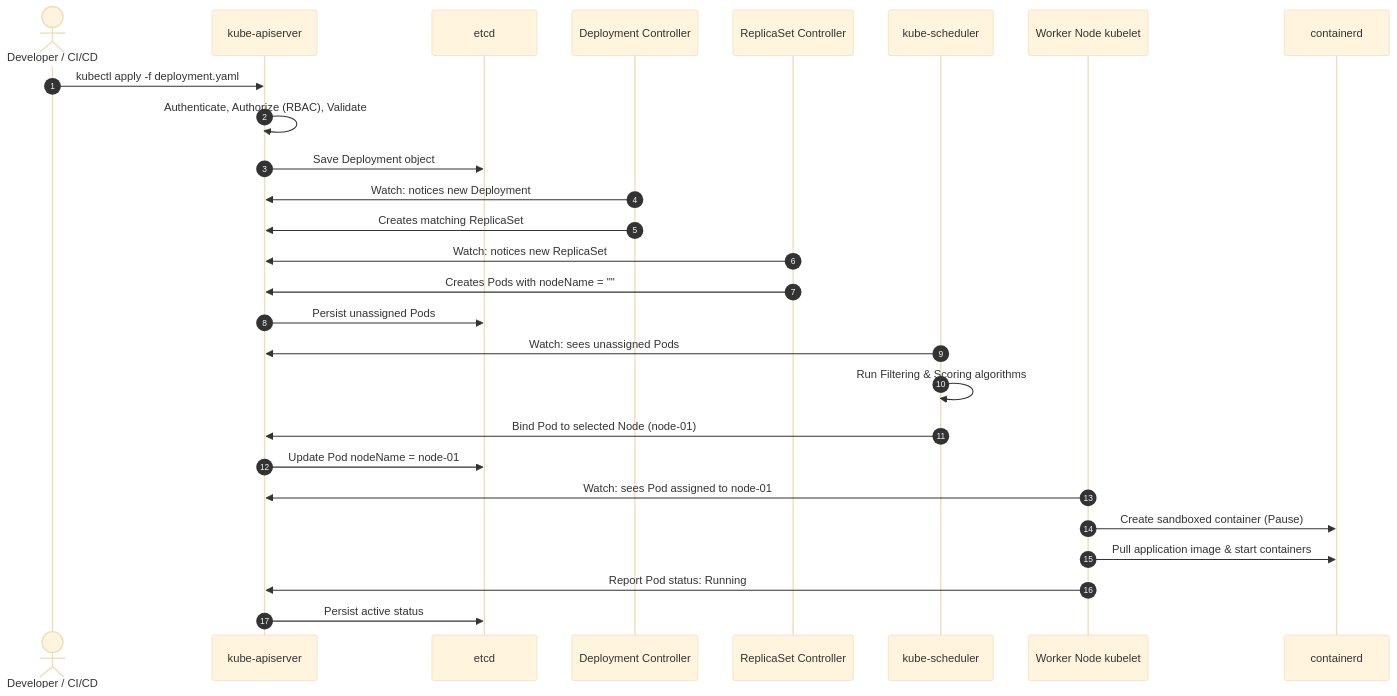
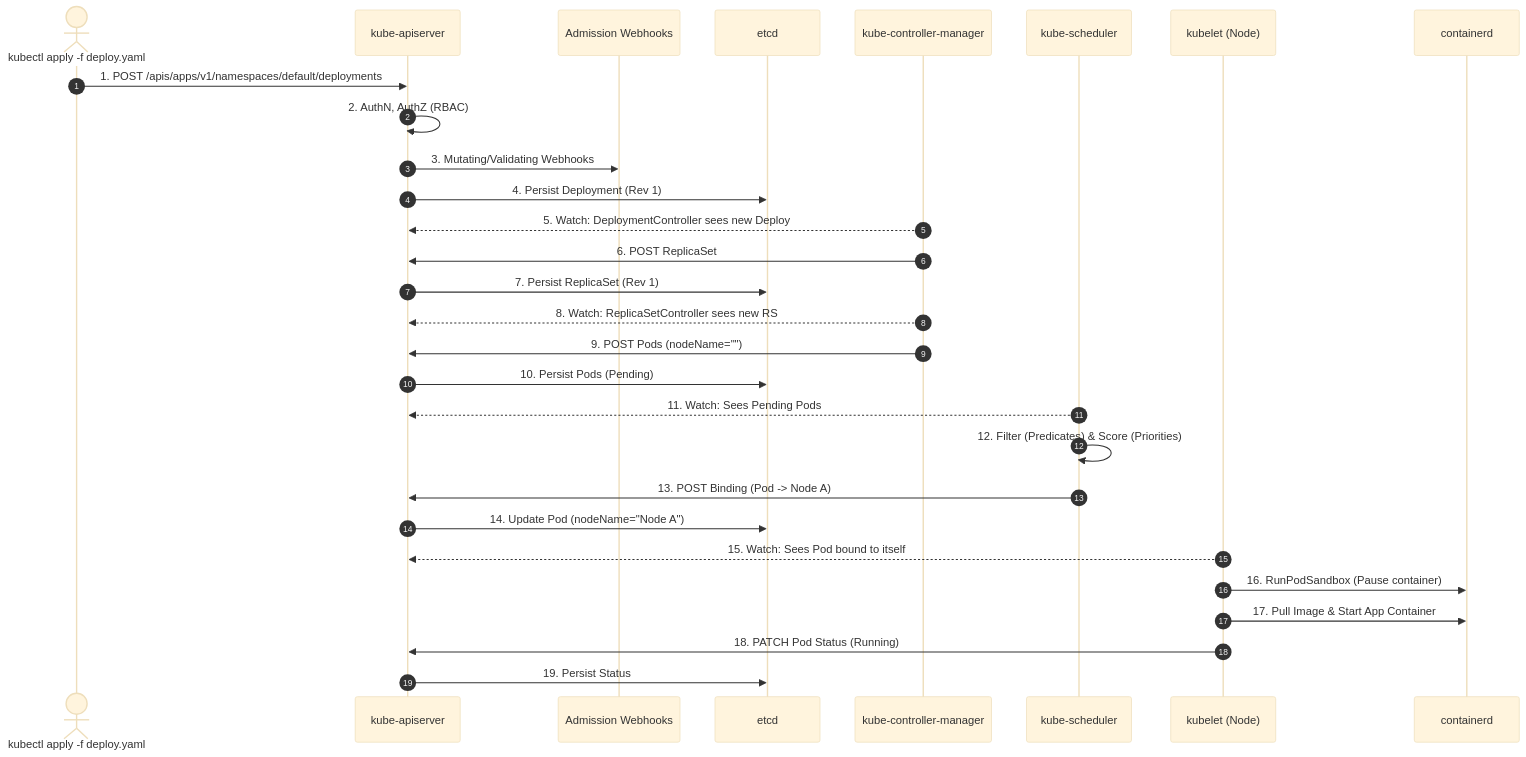
Before and after one commit to PandeyKishan/Study-Notes: the third of 3 diagrams in 02-Kubernetes/01-Architecture-and-Control-Plane.md, drawn with Mermaid (base theme). The commit also changed other lines of this file and 38 other files, not shown here.

````diff
--- a/02-Kubernetes/01-Architecture-and-Control-Plane.md
+++ b/02-Kubernetes/01-Architecture-and-Control-Plane.md
@@ -125,30 +152,36 @@
 ```mermaid
 sequenceDiagram
     autonumber
-    actor Dev as Developer / CI/CD
+    actor Dev as kubectl apply -f deploy.yaml
     participant API as kube-apiserver
+    participant Webhooks as Admission Webhooks
     participant ETCD as etcd
-    participant DeployCtrl as Deployment Controller
-    participant ReplicaCtrl as ReplicaSet Controller
+    participant Ctrl as kube-controller-manager
     participant Sched as kube-scheduler
-    participant Kubelet as Worker Node kubelet
+    participant Kubelet as kubelet (Node)
     participant CRI as containerd
 
-    Dev->>API: kubectl apply -f deployment.yaml
-    API->>API: Authenticate, Authorize (RBAC), Validate
-    API->>ETCD: Save Deployment object
-    DeployCtrl->>API: Watch: notices new Deployment
-    DeployCtrl->>API: Creates matching ReplicaSet
-    ReplicaCtrl->>API: Watch: notices new ReplicaSet
-    ReplicaCtrl->>API: Creates Pods with nodeName = ""
-    API->>ETCD: Persist unassigned Pods
-    Sched->>API: Watch: sees unassigned Pods
-    Sched->>Sched: Run Filtering & Scoring algorithms
-    Sched->>API: Bind Pod to selected Node (node-01)
-    API->>ETCD: Update Pod nodeName = node-01
-    Kubelet->>API: Watch: sees Pod assigned to node-01
-    Kubelet->>CRI: Create sandboxed container (Pause)
-    Kubelet->>CRI: Pull application image & start containers
-    Kubelet->>API: Report Pod status: Running
-    API->>ETCD: Persist active status
+    Dev->>API: 1. POST /apis/apps/v1/namespaces/default/deployments
+    API->>API: 2. AuthN, AuthZ (RBAC)
+    API->>Webhooks: 3. Mutating/Validating Webhooks
+    API->>ETCD: 4. Persist Deployment (Rev 1)
+    
+    Ctrl-->>API: 5. Watch: DeploymentController sees new Deploy
+    Ctrl->>API: 6. POST ReplicaSet
+    API->>ETCD: 7. Persist ReplicaSet (Rev 1)
+    
+    Ctrl-->>API: 8. Watch: ReplicaSetController sees new RS
+    Ctrl->>API: 9. POST Pods (nodeName="")
+    API->>ETCD: 10. Persist Pods (Pending)
+    
+    Sched-->>API: 11. Watch: Sees Pending Pods
+    Sched->>Sched: 12. Filter (Predicates) & Score (Priorities)
+    Sched->>API: 13. POST Binding (Pod -> Node A)
+    API->>ETCD: 14. Update Pod (nodeName="Node A")
+    
+    Kubelet-->>API: 15. Watch: Sees Pod bound to itself
+    Kubelet->>CRI: 16. RunPodSandbox (Pause container)
+    Kubelet->>CRI: 17. Pull Image & Start App Container
+    Kubelet->>API: 18. PATCH Pod Status (Running)
+    API->>ETCD: 19. Persist Status
 ```
````
